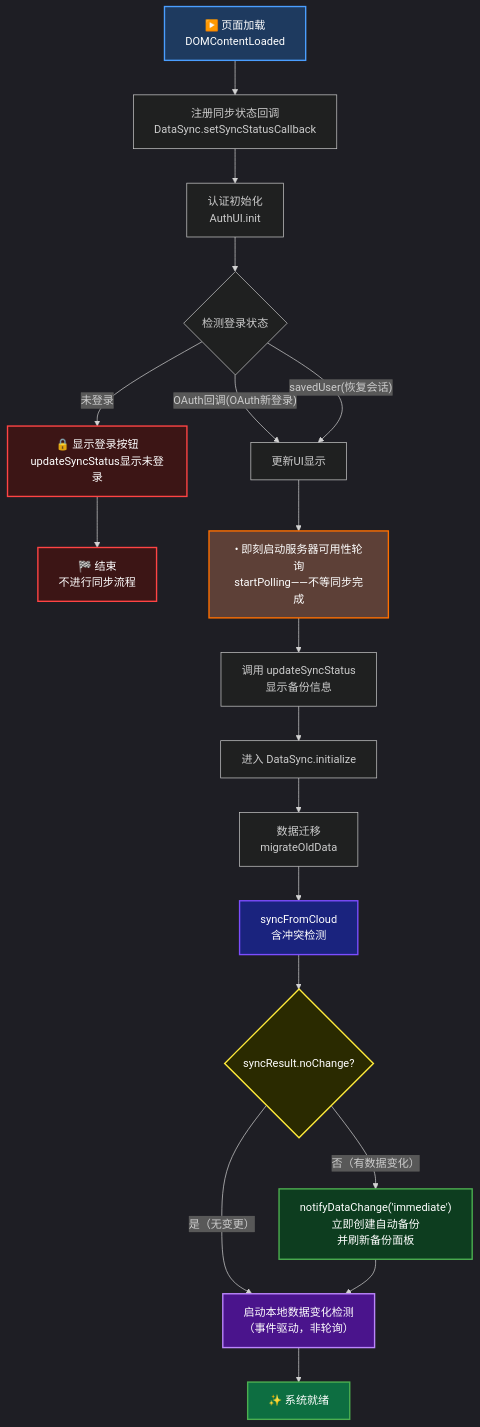
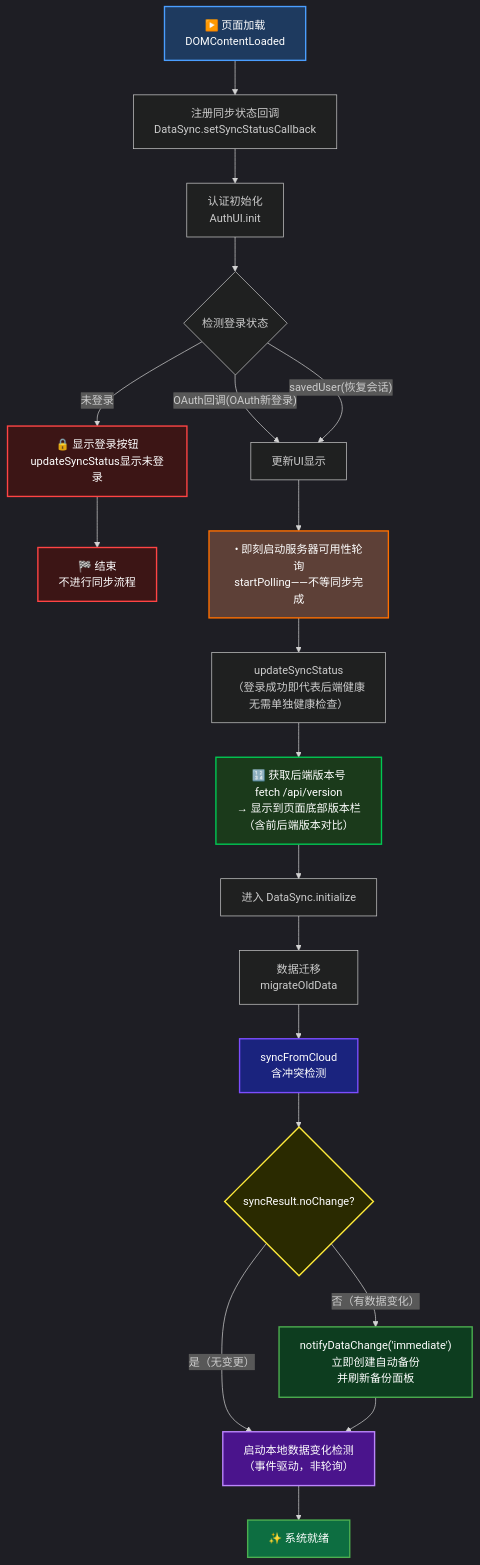
One commit to Fuck996/yanyu_tools changed the first of 4 diagrams in doc/FLOWCHART_DIAGRAMS.md. Above: the diagram before and after it, drawn with Mermaid. The commit also changed other lines of this file and 3 other files, not shown here.

Commit message:
fix: sync frontend version to 1.2.1; toast max-3 slide-up; flowchart add version-fetch after login, remove separate health check

````diff
--- a/doc/FLOWCHART_DIAGRAMS.md
+++ b/doc/FLOWCHART_DIAGRAMS.md
@@ -31,37 +31,39 @@
 ```mermaid
 %%{init: {'theme':'dark'}}%%
 graph TD
     A["▶️ 页面加载<br/>DOMContentLoaded"] --> B["注册同步状态回调<br/>DataSync.setSyncStatusCallback"]
     B --> C["认证初始化<br/>AuthUI.init"]
 
     C --> D{"检测登录状态"}
 
     D -->|"OAuth回调(OAuth新登录)"| E["更新UI显示"]
     D -->|"savedUser(恢复会话)"| E
     D -->|"未登录"| F["🔒 显示登录按钮<br/>updateSyncStatus显示未登录"]
     F --> Z["🏁 结束<br/>不进行同步流程"]
 
     E --> G["• 即刻启动服务器可用性轮询<br/>startPolling——不等同步完成"]
-    G --> H["调用 updateSyncStatus<br/>显示备份信息"]
-    H --> I["进入 DataSync.initialize"]
+    G --> H["updateSyncStatus<br/>（登录成功即代表后端健康<br/>无需单独健康检查）"]
+    H --> VER["🔢 获取后端版本号<br/>fetch /api/version<br/>→ 显示到页面底部版本栏<br/>（含前后端版本对比）"]
+    VER --> I["进入 DataSync.initialize"]
 
     I --> J["数据迁移<br/>migrateOldData"]
     J --> K["syncFromCloud<br/>含冲突检测"]
     K --> KC{syncResult.noChange?}
     KC -->|"是（无变更）"| M
     KC -->|"否（有数据变化）"| KB["notifyDataChange('immediate')<br/>立即创建自动备份<br/>并刷新备份面板"]
     KB --> M
 
     M["启动本地数据变化检测<br/>（事件驱动，非轮询）"]
     M --> O["✨ 系统就绪"]
 
     style A fill:#1e3a5f,stroke:#4a9eff,stroke-width:2px,color:#fff
     style F fill:#3c1515,stroke:#ff4444,stroke-width:2px,color:#fff
     style Z fill:#3c1515,stroke:#ff4444,stroke-width:2px,color:#fff
     style G fill:#5d4037,stroke:#ff6f00,stroke-width:2px,color:#fff
+    style VER fill:#1b3a1b,stroke:#00c853,stroke-width:2px,color:#fff
     style K fill:#1a237e,stroke:#7c4dff,stroke-width:2px,color:#fff
     style KB fill:#0d3d1f,stroke:#4caf50,stroke-width:2px,color:#fff
     style KC fill:#2a2a00,stroke:#ffeb3b,stroke-width:2px,color:#fff
     style M fill:#4a148c,stroke:#bb86fc,stroke-width:2px,color:#fff
     style O fill:#0d6e41,stroke:#4caf50,stroke-width:2px,color:#fff
 ```
````
